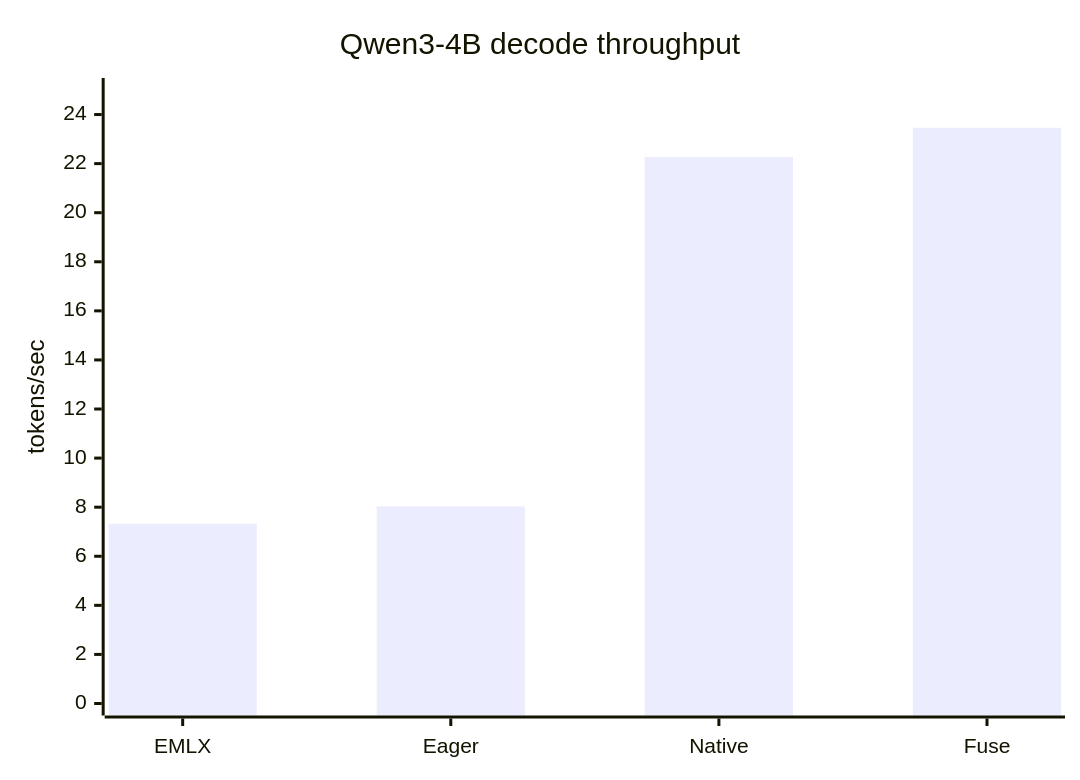
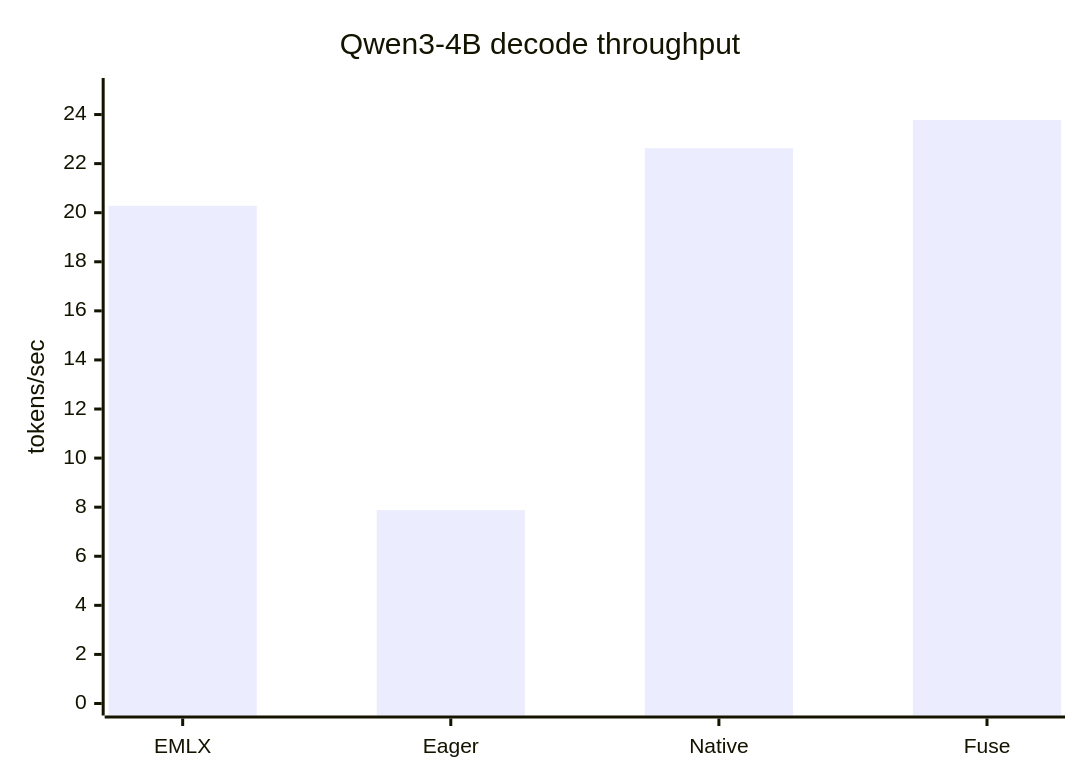
One commit to ausimian/emily changed the second of 4 diagrams in bench/emily_vs_exla_report.md. Above: the diagram before and after it, drawn with Mermaid. The commit also changed other lines of this file and 5 other files, not shown here.

````diff
--- a/bench/emily_vs_exla_report.md
+++ b/bench/emily_vs_exla_report.md
@@ -77,7 +94,7 @@
 ```mermaid
 xychart-beta
   title "Qwen3-4B decode throughput"
   x-axis ["EMLX", "Eager", "Native", "Fuse"]
   y-axis "tokens/sec" 0 --> 25
-  bar [7.33, 8.03, 22.27, 23.46]
+  bar [20.28, 7.88, 22.63, 23.78]
 ```
````
